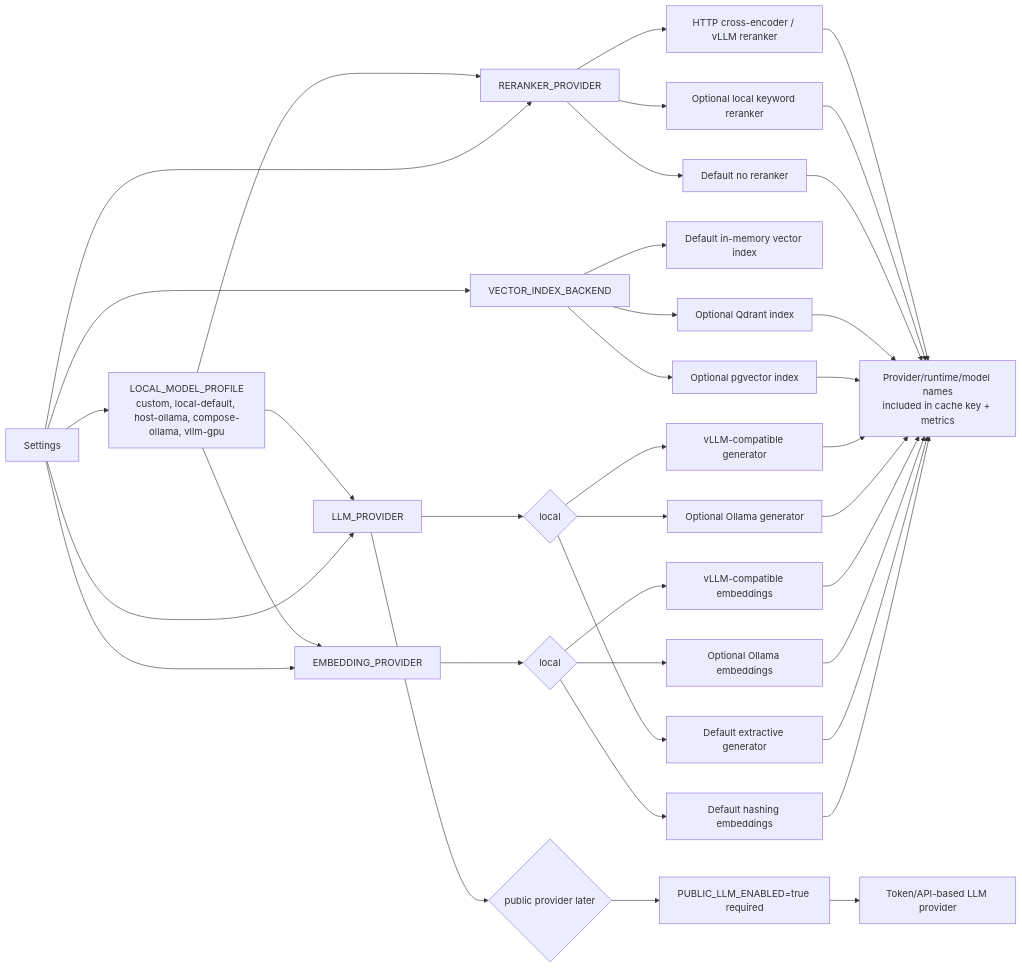
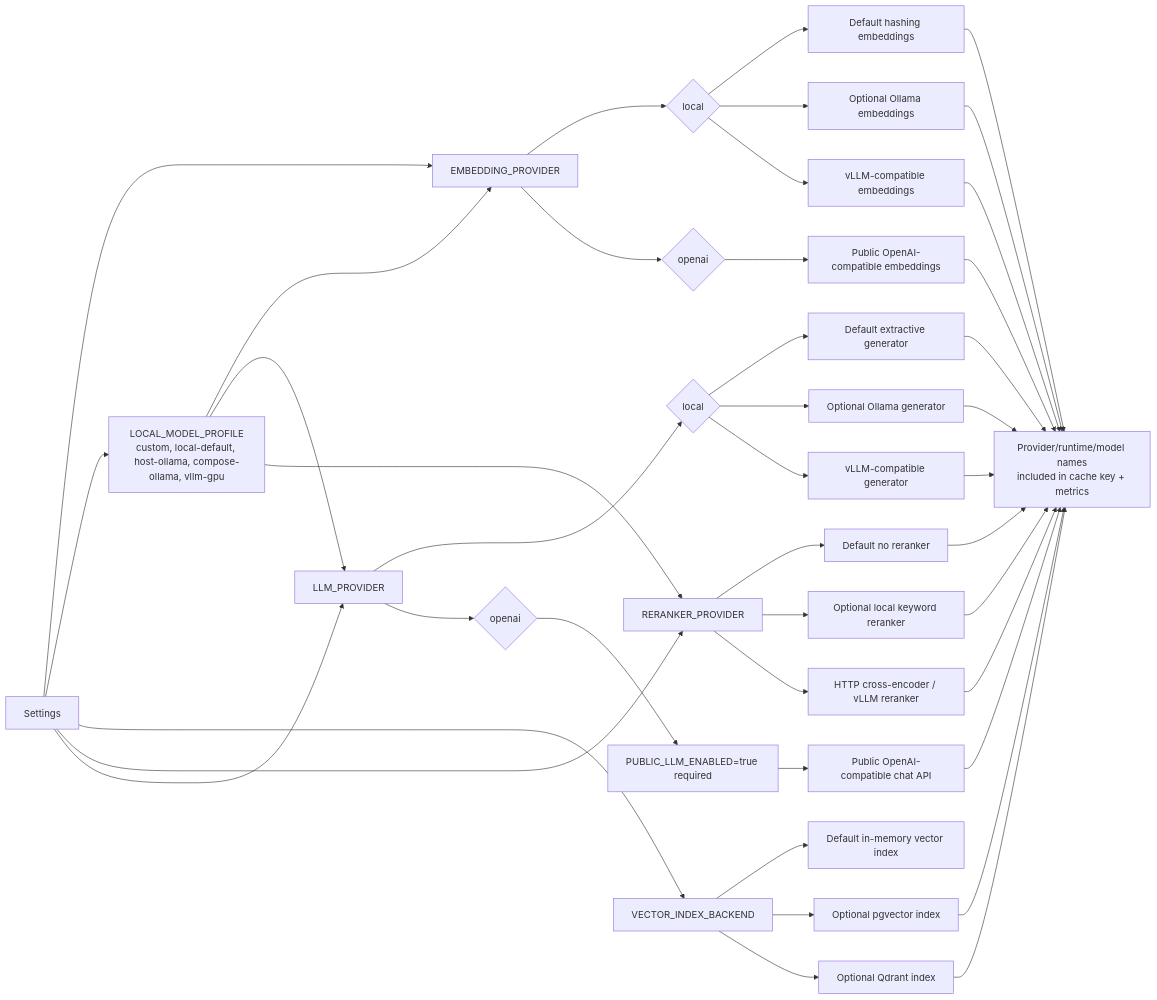
One commit to lnrdwarampudis-git/rag-saas-docs-ingestion-poc changed the seventh of 11 diagrams in docs/flow-diagrams.md. Above: the diagram before and after it, drawn with Mermaid. The commit also changed 15 other files, not shown here.

Commit message:
Add public OpenAI-compatible model providers

````diff
--- a/docs/flow-diagrams.md
+++ b/docs/flow-diagrams.md
@@ -203,39 +203,43 @@
 ```mermaid
 flowchart LR
   config["Settings"] --> embeddingProvider["EMBEDDING_PROVIDER"]
   config --> modelProfile["LOCAL_MODEL_PROFILE<br/>custom, local-default, host-ollama, compose-ollama, vllm-gpu"]
   config --> vectorIndex["VECTOR_INDEX_BACKEND"]
   config --> rerankerProvider["RERANKER_PROVIDER"]
   config --> llmProvider["LLM_PROVIDER"]
   modelProfile --> embeddingProvider
   modelProfile --> llmProvider
   modelProfile --> rerankerProvider
   embeddingProvider --> localEmbedding{"local"}
   localEmbedding --> hashing["Default hashing embeddings"]
   localEmbedding --> ollamaEmbedding["Optional Ollama embeddings"]
   localEmbedding --> vllmEmbedding["vLLM-compatible embeddings"]
   vectorIndex --> memoryIndex["Default in-memory vector index"]
   vectorIndex --> pgvectorIndex["Optional pgvector index"]
   vectorIndex --> qdrantIndex["Optional Qdrant index"]
   rerankerProvider --> noReranker["Default no reranker"]
   rerankerProvider --> keywordReranker["Optional local keyword reranker"]
   rerankerProvider --> httpReranker["HTTP cross-encoder / vLLM reranker"]
   llmProvider --> localLlm{"local"}
   localLlm --> extractive["Default extractive generator"]
   localLlm --> ollamaLlm["Optional Ollama generator"]
   localLlm --> vllmLlm["vLLM-compatible generator"]
-  llmProvider --> public{"public provider later"}
+  embeddingProvider --> publicEmbedding{"openai"}
+  publicEmbedding --> publicEmbedAdapter["Public OpenAI-compatible embeddings"]
+  llmProvider --> public{"openai"}
   public --> gate["PUBLIC_LLM_ENABLED=true required"]
-  gate --> tokenApi["Token/API-based LLM provider"]
+  gate --> tokenApi["Public OpenAI-compatible chat API"]
   hashing --> cacheKey["Provider/runtime/model names<br/>included in cache key + metrics"]
   extractive --> cacheKey
   ollamaEmbedding --> cacheKey
   vllmEmbedding --> cacheKey
+  publicEmbedAdapter --> cacheKey
   ollamaLlm --> cacheKey
   vllmLlm --> cacheKey
+  tokenApi --> cacheKey
   pgvectorIndex --> cacheKey
   qdrantIndex --> cacheKey
   noReranker --> cacheKey
   keywordReranker --> cacheKey
   httpReranker --> cacheKey
 ```
````
